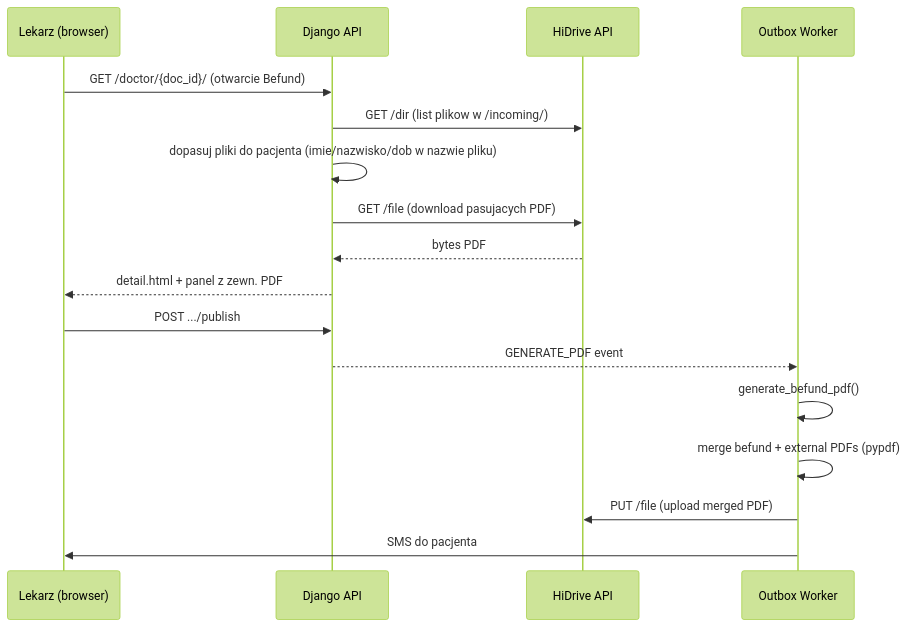
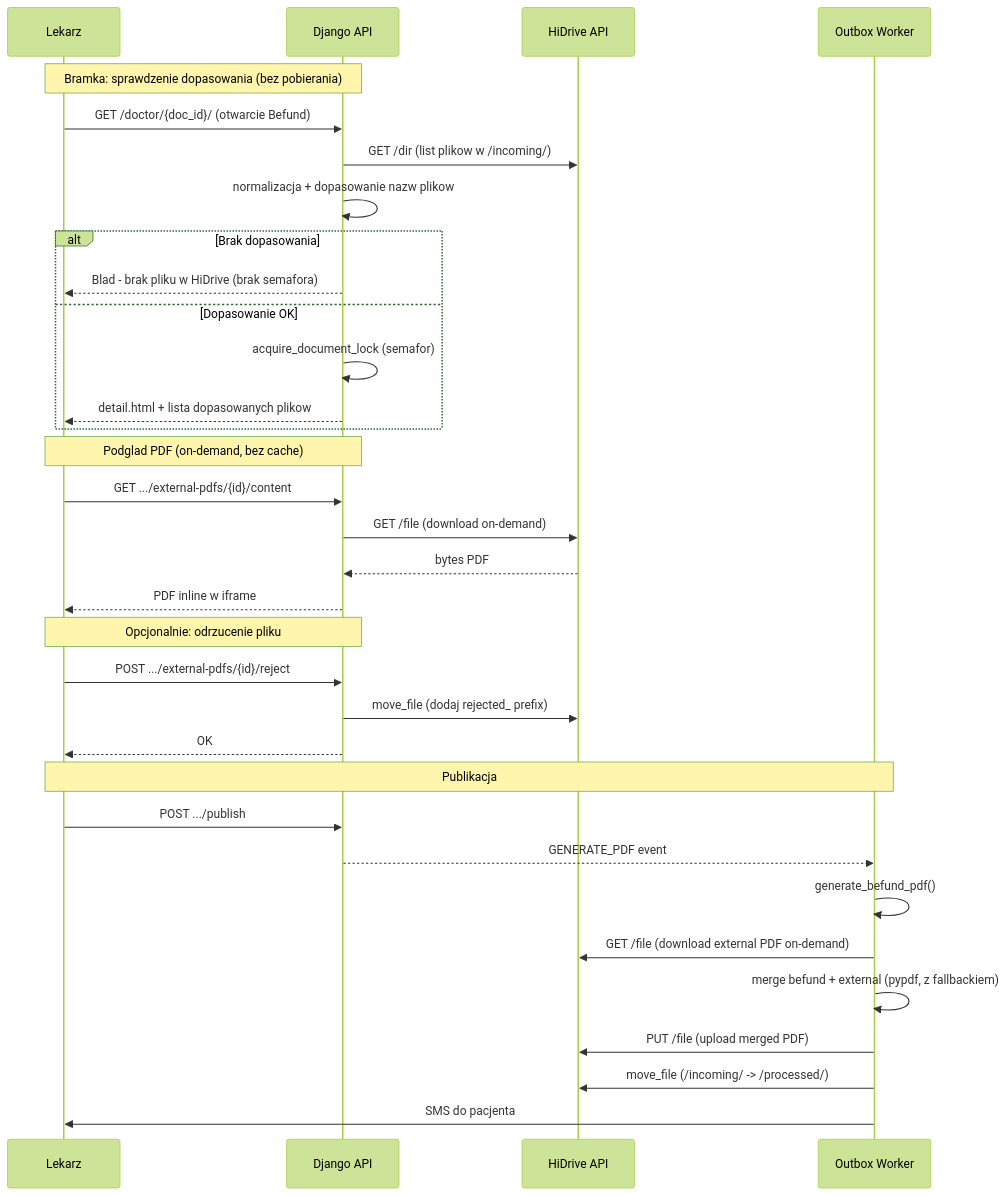
The diagram in .cursor/plans/hidrive_pdf_download.plan.md (piotrpopiolek/cogitomedic), drawn with Mermaid (forest theme) before and after one commit. The commit also changed other lines of this file, not shown here.

First line of the commit message:
Enhance HiDrive PDF download integration plan

````diff
--- a/.cursor/plans/hidrive_pdf_download.plan.md
+++ b/.cursor/plans/hidrive_pdf_download.plan.md
@@ -91,21 +122,39 @@
 ```mermaid
 sequenceDiagram
-    participant Doc as Lekarz (browser)
+    participant Doc as Lekarz
     participant API as Django API
     participant HD as HiDrive API
     participant Outbox as Outbox Worker
 
+    Note over Doc,API: Bramka: sprawdzenie dopasowania (bez pobierania)
     Doc->>API: GET /doctor/{doc_id}/ (otwarcie Befund)
     API->>HD: GET /dir (list plikow w /incoming/)
-    API->>API: dopasuj pliki do pacjenta (imie/nazwisko/dob w nazwie pliku)
-    API->>HD: GET /file (download pasujacych PDF)
+    API->>API: normalizacja + dopasowanie nazw plikow
+    alt Brak dopasowania
+        API-->>Doc: Blad - brak pliku w HiDrive (brak semafora)
+    else Dopasowanie OK
+        API->>API: acquire_document_lock (semafor)
+        API-->>Doc: detail.html + lista dopasowanych plikow
+    end
+
+    Note over Doc,API: Podglad PDF (on-demand, bez cache)
+    Doc->>API: GET .../external-pdfs/{id}/content
+    API->>HD: GET /file (download on-demand)
     HD-->>API: bytes PDF
-    API-->>Doc: detail.html + panel z zewn. PDF
+    API-->>Doc: PDF inline w iframe
 
+    Note over Doc,API: Opcjonalnie: odrzucenie pliku
+    Doc->>API: POST .../external-pdfs/{id}/reject
+    API->>HD: move_file (dodaj rejected_ prefix)
+    API-->>Doc: OK
+
+    Note over Doc,Outbox: Publikacja
     Doc->>API: POST .../publish
     API-->>Outbox: GENERATE_PDF event
     Outbox->>Outbox: generate_befund_pdf()
-    Outbox->>Outbox: merge befund + external PDFs (pypdf)
+    Outbox->>HD: GET /file (download external PDF on-demand)
+    Outbox->>Outbox: merge befund + external (pypdf, z fallbackiem)
     Outbox->>HD: PUT /file (upload merged PDF)
+    Outbox->>HD: move_file (/incoming/ -> /processed/)
     Outbox->>Doc: SMS do pacjenta
 ```
````
